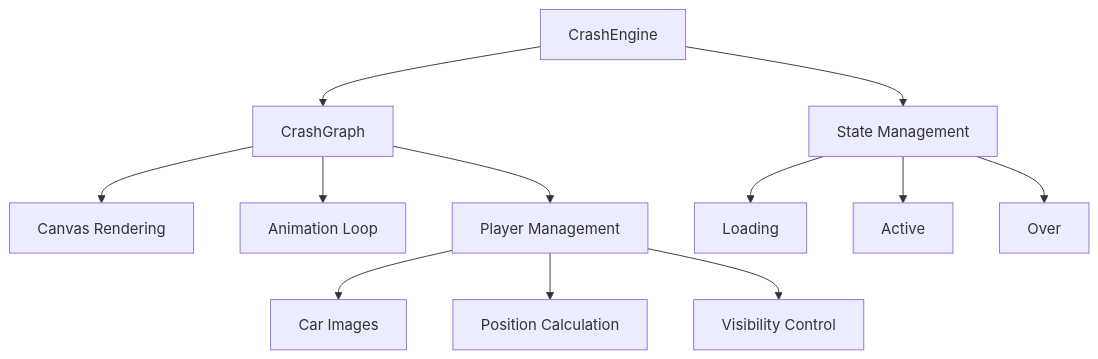
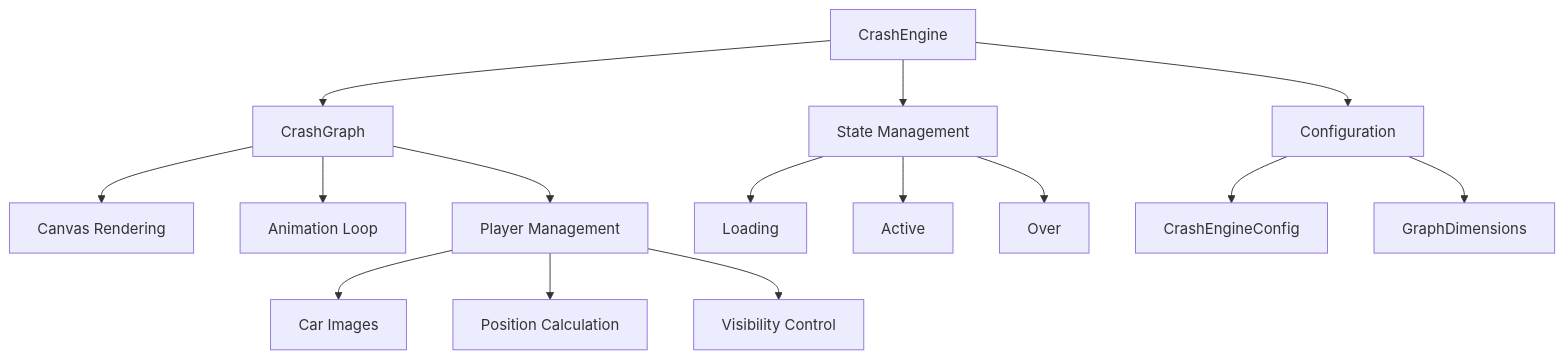
Before and after one commit to smoo7h/crash-game-graph: the first of 4 diagrams in memory-bank/systemPatterns.md, drawn with Mermaid. The commit also changed other lines of this file and 5 other files, not shown here.

Commit message:
Add interface definitions for CrashEngineConfig, GraphDimensions, and Position to enhance type safety and configuration management

````diff
--- a/memory-bank/systemPatterns.md
+++ b/memory-bank/systemPatterns.md
@@ -5,15 +5,19 @@
 ```mermaid
 flowchart TD
     A[CrashEngine] --> B[CrashGraph]
     B --> C[Canvas Rendering]
     B --> D[Animation Loop]
     A --> E[State Management]
     E --> F[Loading]
     E --> G[Active]
     E --> H[Over]
     
+    A --> M[Configuration]
+    M --> N[CrashEngineConfig]
+    M --> O[GraphDimensions]
+    
     B --> I[Player Management]
     I --> J[Car Images]
     I --> K[Position Calculation]
     I --> L[Visibility Control]
 ```
````
